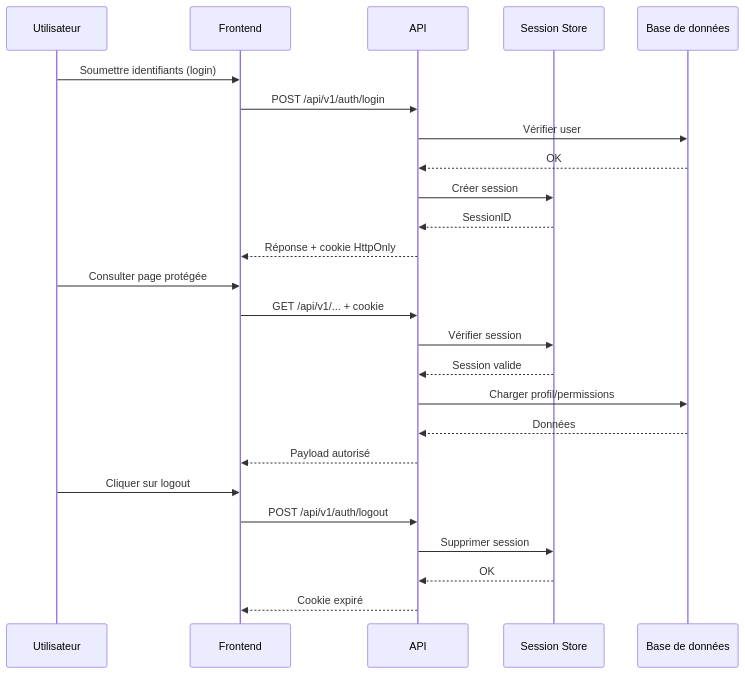
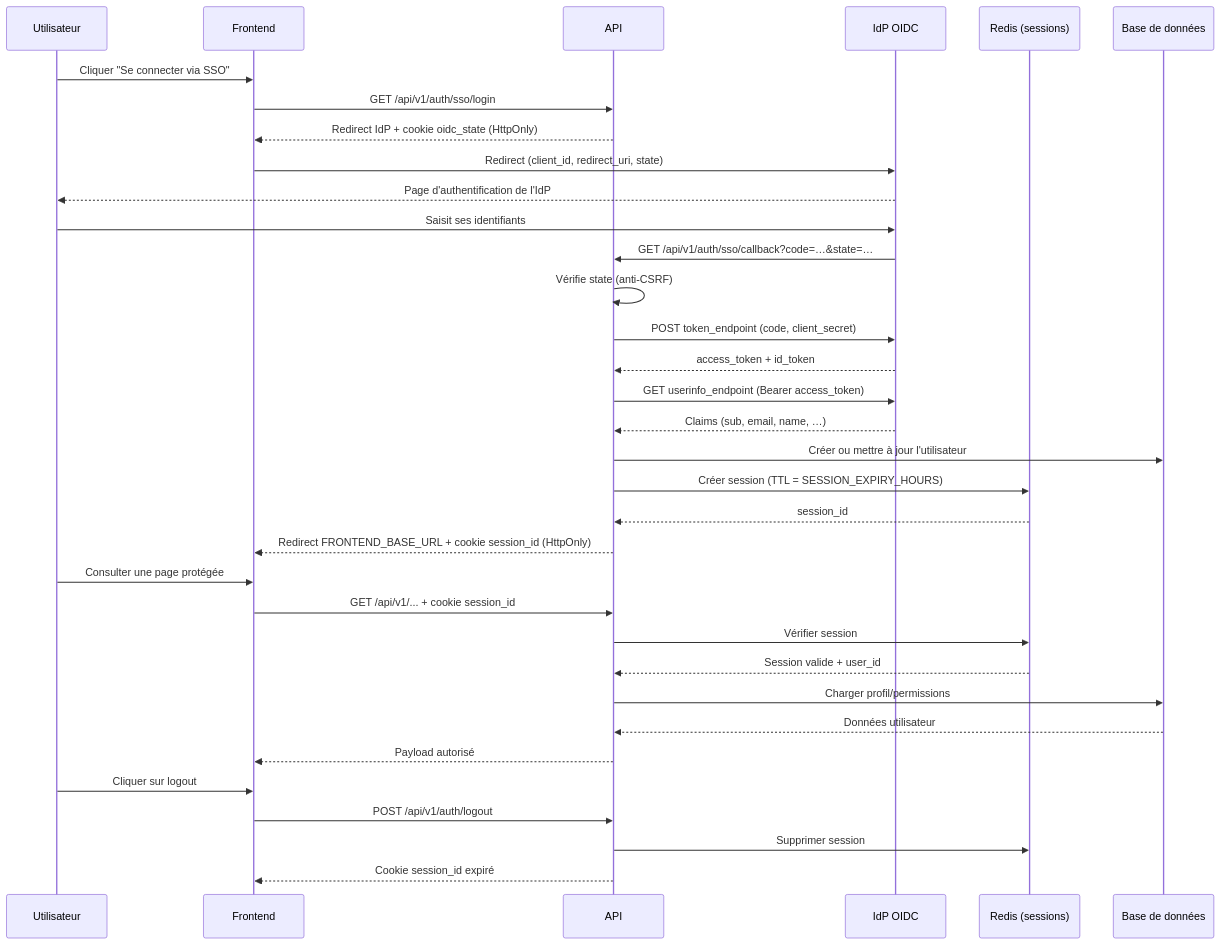
The diagram in documentation/authentication.md (Tutanka01/LabOnDemand), drawn with Mermaid before and after one commit. The commit also changed other lines of this file and 17 other files, not shown here.

First line of the commit message:
feat: Implement SSO functionality and enhance user management interface

````diff
--- a/documentation/authentication.md
+++ b/documentation/authentication.md
@@ -25,30 +45,39 @@
 ```mermaid
 sequenceDiagram
     participant U as Utilisateur
     participant F as Frontend
     participant A as API
-    participant S as Session Store
+    participant IdP as IdP OIDC
+    participant S as Redis (sessions)
     participant DB as Base de données
 
-    U->>F: Soumettre identifiants (login)
-    F->>A: POST /api/v1/auth/login
-    A->>DB: Vérifier user
-    DB-->>A: OK
-    A->>S: Créer session
-    S-->>A: SessionID
-    A-->>F: Réponse + cookie HttpOnly
+    U->>F: Cliquer "Se connecter via SSO"
+    F->>A: GET /api/v1/auth/sso/login
+    A-->>F: Redirect IdP + cookie oidc_state (HttpOnly)
+    F->>IdP: Redirect (client_id, redirect_uri, state)
+    IdP-->>U: Page d'authentification de l'IdP
+    U->>IdP: Saisit ses identifiants
+    IdP->>A: GET /api/v1/auth/sso/callback?code=…&state=…
+    A->>A: Vérifie state (anti-CSRF)
+    A->>IdP: POST token_endpoint (code, client_secret)
+    IdP-->>A: access_token + id_token
+    A->>IdP: GET userinfo_endpoint (Bearer access_token)
+    IdP-->>A: Claims (sub, email, name, …)
+    A->>DB: Créer ou mettre à jour l'utilisateur
+    A->>S: Créer session (TTL = SESSION_EXPIRY_HOURS)
+    S-->>A: session_id
+    A-->>F: Redirect FRONTEND_BASE_URL + cookie session_id (HttpOnly)
 
-    U->>F: Consulter page protégée
-    F->>A: GET /api/v1/... + cookie
+    U->>F: Consulter une page protégée
+    F->>A: GET /api/v1/... + cookie session_id
     A->>S: Vérifier session
-    S-->>A: Session valide
+    S-->>A: Session valide + user_id
     A->>DB: Charger profil/permissions
-    DB-->>A: Données
+    DB-->>A: Données utilisateur
     A-->>F: Payload autorisé
 
     U->>F: Cliquer sur logout
     F->>A: POST /api/v1/auth/logout
     A->>S: Supprimer session
-    S-->>A: OK
-    A-->>F: Cookie expiré
+    A-->>F: Cookie session_id expiré
 ```
````
